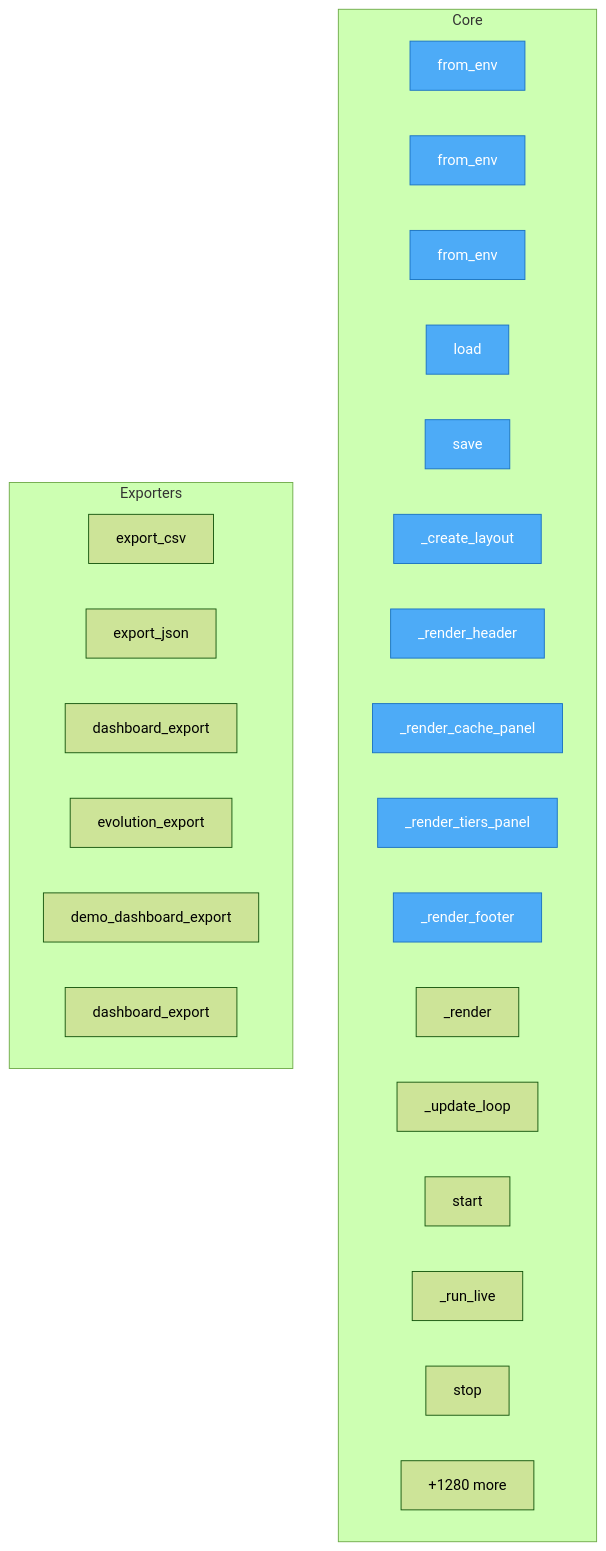
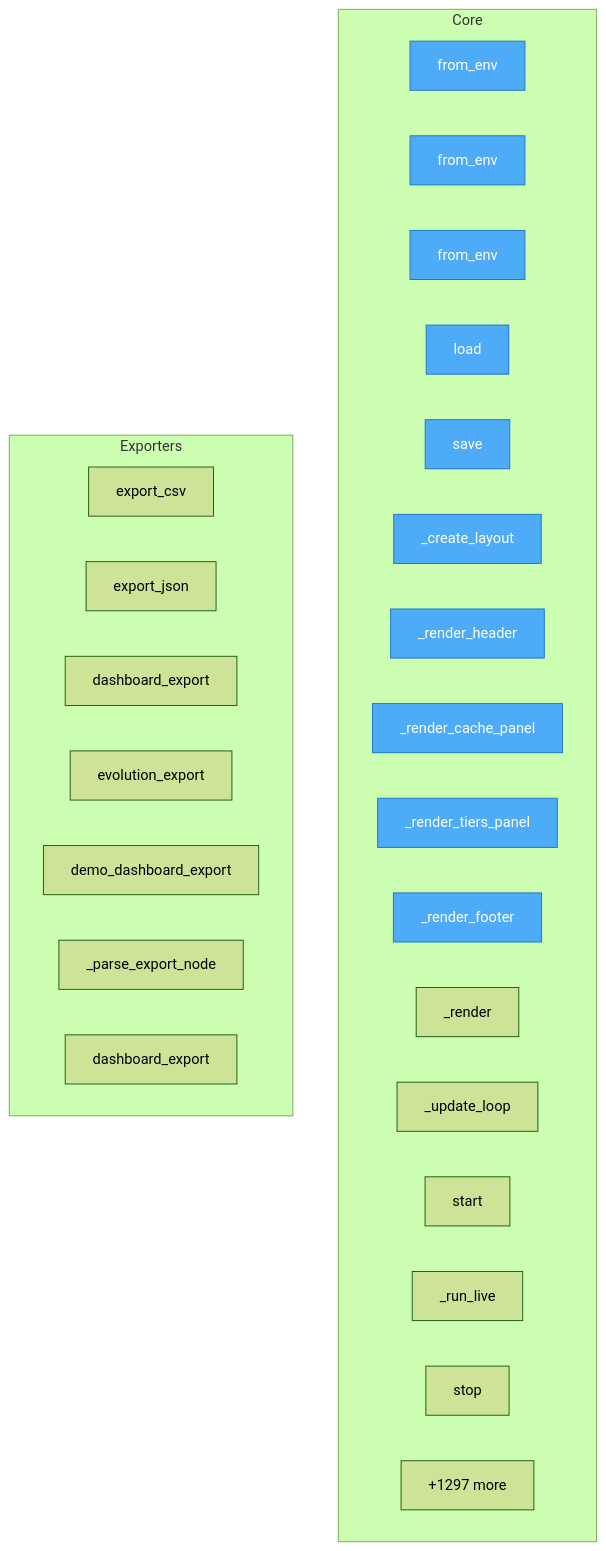
Before and after one commit to semcod/algitex: the diagram in project/flow.mmd, drawn with Mermaid (forest theme). The commit also changed 29 other files, not shown here.

```diff
--- a/project/flow.mmd
+++ b/project/flow.mmd
@@ -1,34 +1,35 @@
 flowchart TD
 
     %% Entry points (blue)
     classDef entry fill:#4dabf7,stroke:#1971c2,color:#fff
 
     subgraph Core
         src__algitex__config__ProxyConfig__from_env["from_env"]
         src__algitex__config__TicketConfig__from_env["from_env"]
         src__algitex__config__AnalysisConfig__from_env["from_env"]
         src__algitex__config__Config__load["load"]
         src__algitex__config__Config__save["save"]
         src__algitex__dashboard__LiveDashboard___create_layout["_create_layout"]
         src__algitex__dashboard__LiveDashboard___render_header["_render_header"]
         src__algitex__dashboard__LiveDashboard___render_cache_panel["_render_cache_panel"]
         src__algitex__dashboard__LiveDashboard___render_tiers_panel["_render_tiers_panel"]
         src__algitex__dashboard__LiveDashboard___render_footer["_render_footer"]
         src__algitex__dashboard__LiveDashboard___render["_render"]
         src__algitex__dashboard__LiveDashboard___update_loop["_update_loop"]
         src__algitex__dashboard__LiveDashboard__start["start"]
         src__algitex__dashboard__LiveDashboard___run_live["_run_live"]
         src__algitex__dashboard__LiveDashboard__stop["stop"]
-        ...["+1280 more"]
+        ...["+1297 more"]
     end
 
     subgraph Exporters
         src__algitex__metrics__MetricsReporter__export_csv["export_csv"]
         src__algitex__benchmark__BenchmarkRunner__export_json["export_json"]
         src__algitex__cli__dashboard__dashboard_export["dashboard_export"]
         project__map__toon__evolution_export["evolution_export"]
         project__map__toon__demo_dashboard_export["demo_dashboard_export"]
+        project__map__toon___parse_export_node["_parse_export_node"]
         project__map__toon__dashboard_export["dashboard_export"]
     end
 
     class src__algitex__config__ProxyConfig__from_env,src__algitex__config__TicketConfig__from_env,src__algitex__config__AnalysisConfig__from_env,src__algitex__config__Config__load,src__algitex__config__Config__save,src__algitex__dashboard__LiveDashboard___create_layout,src__algitex__dashboard__LiveDashboard___render_header,src__algitex__dashboard__LiveDashboard___render_cache_panel,src__algitex__dashboard__LiveDashboard___render_tiers_panel,src__algitex__dashboard__LiveDashboard___render_footer entry
```
